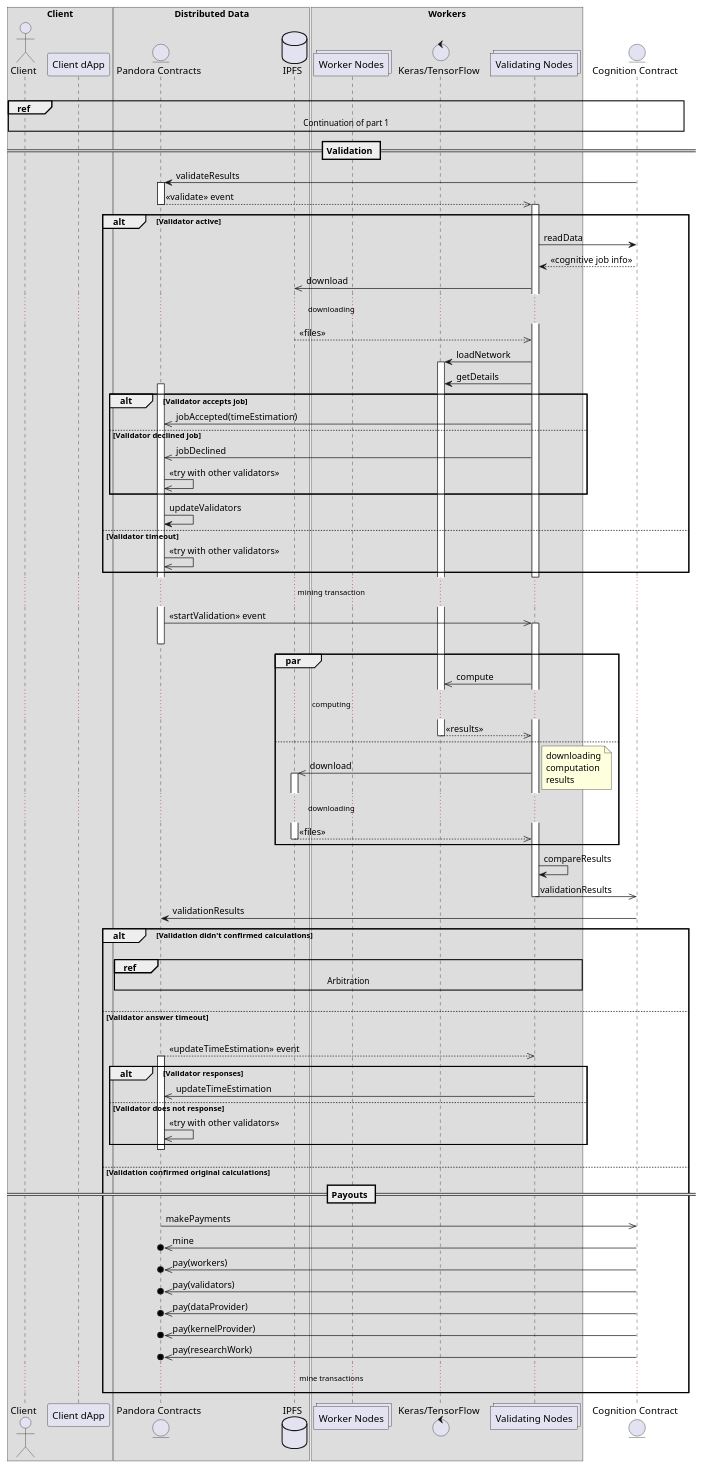
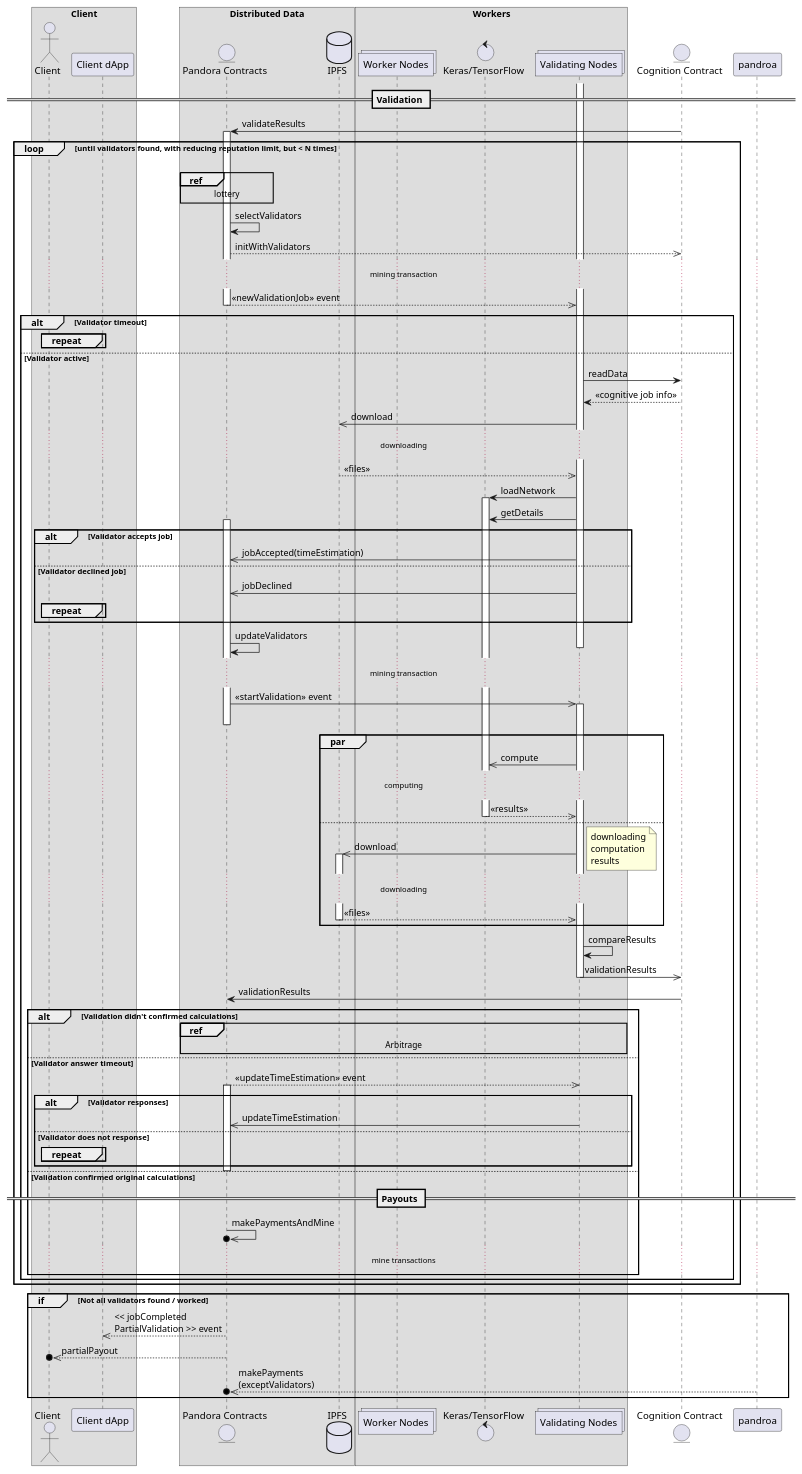
One commit to pandoraboxchain/pocw-techspecs changed the diagram in sequence_cognition_20.plantuml. Above: the diagram before and after it, drawn with PlantUML.

```diff
--- a/sequence_cognition_20.plantuml
+++ b/sequence_cognition_20.plantuml
@@ -1,105 +1,113 @@
 @startuml
 box "Client"
   actor "Client" as client
   participant "Client dApp" as dapp
 end box
 
 box "Distributed Data"
   entity "Pandora Contracts" as pandora
   database "IPFS" as ipfs
 end box
 
 box "Workers"
   collections "Worker Nodes" as workers
   control "Keras/TensorFlow" as nn
   collections "Validating Nodes" as validators
 end box
 
 entity "Cognition Contract" as cognition
 
-|||
-ref over client, cognition: Continuation of part 1
-
 == Validation ==
 
 cognition -> pandora: validateResults
 deactivate cognition
 activate pandora
 
-pandora -->> validators: << validate >> event
-deactivate pandora
+loop until validators found, with reducing reputation limit, but < N times
+  |||
+  ref over pandora: lottery
+  pandora -> pandora: selectValidators
+  pandora -->> cognition: initWithValidators
+... mining transaction ...
+  pandora -->> validators: << newValidationJob >> event
+  deactivate pandora
 
-alt Validator active
-  activate validators
-  validators -> cognition: readData
-  cognition --> validators: << cognitive job info >>
-  validators ->> ipfs: download
+  alt Validator timeout
+    group repeat
+    end
+  else Validator active
+    activate validators
+    validators -> cognition: readData
+    cognition --> validators: << cognitive job info >>
+    validators ->> ipfs: download
 ... downloading ...
-  ipfs -->> validators: << files >>
-  validators -> nn: loadNetwork
-  activate nn
-  validators -> nn: getDetails
-  activate pandora
-  alt Validator accepts job
-    validators ->> pandora: jobAccepted(timeEstimation)
-  else Validator declined job
-    validators ->> pandora: jobDeclined
-    pandora ->> pandora: << try with other validators >>
+    ipfs -->> validators: << files >>
+    validators -> nn: loadNetwork
+    activate nn
+    validators -> nn: getDetails
+    activate pandora
+    alt Validator accepts job
+      validators ->> pandora: jobAccepted(timeEstimation)
+    else Validator declined job
+      validators ->> pandora: jobDeclined
+      group repeat
+      end
+    end
+    pandora -> pandora: updateValidators
+
+    deactivate validators
+... mining transaction ...
+    pandora ->> validators: << startValidation >> event
+    activate validators
+    deactivate pandora
+
+    par
+      validators ->> nn: compute
+      ... computing ...
+      nn -->> validators: << results >>
+      deactivate nn
+    else
+      ipfs <<- validators: download
+      activate ipfs
+      note right: downloading\ncomputation\nresults
+      ... downloading ...
+      ipfs -->> validators: << files >>
+      deactivate ipfs
+    end
+    validators -> validators: compareResults
+    validators ->> cognition: validationResults
+    deactivate validators
+
+    cognition -> pandora: validationResults
+
+    alt Validation didn't confirmed calculations
+      ref over pandora, workers, validators: Arbitrage
+    else Validator answer timeout
+      pandora -->> validators: << updateTimeEstimation >> event
+      activate pandora
+      alt Validator responses
+        validators ->> pandora: updateTimeEstimation
+      else Validator does not response
+        group repeat
+        end
+      end
+      deactivate pandora
+    else Validation confirmed original calculations
+      == Payouts ==
+      pandora ->>o pandora: makePaymentsAndMine
+      'cognition ->>o pandora: mine
+      'cognition ->>o pandora: pay(workers)
+      'cognition ->>o pandora: pay(validators)
+      'cognition ->>o pandora: pay(dataProvider)
+      'cognition ->>o pandora: pay(kernelProvider)
+      'cognition ->>o pandora: pay(researchWork)
+      ... mine transactions ...
+    end
   end
-  pandora -> pandora: updateValidators
-'... mining transaction ...
-else Validator timeout
-  pandora ->> pandora: << try with other validators >>
 end
-deactivate validators
-... mining transaction ...
-pandora ->> validators: << startValidation >> event
-activate validators
-deactivate pandora
-
-par
-  validators ->> nn: compute
-  ... computing ...
-  nn -->> validators: << results >>
-  deactivate nn
-else
-  ipfs <<- validators: download
-  activate ipfs
-  note right: downloading\ncomputation\nresults
-... downloading ...
-  ipfs -->> validators: << files >>
-  deactivate ipfs
-end
-validators -> validators: compareResults
-validators ->> cognition: validationResults
-deactivate validators
-
-cognition -> pandora: validationResults
-
-alt Validation didn't confirmed calculations
-  |||
-  ref over pandora, workers, validators: Arbitration
-  |||
-else Validator answer timeout
-  |||
-  pandora -->> validators: << updateTimeEstimation >> event
-  activate pandora
-  alt Validator responses
-   validators ->> pandora: updateTimeEstimation
-  else Validator does not response
-    pandora ->> pandora: << try with other validators >>
-  end
-  deactivate pandora
-  |||
-else Validation confirmed original calculations
-== Payouts ==
-  pandora ->> cognition: makePayments
-  cognition ->>o pandora: mine
-  cognition ->>o pandora: pay(workers)
-  cognition ->>o pandora: pay(validators)
-  cognition ->>o pandora: pay(dataProvider)
-  cognition ->>o pandora: pay(kernelProvider)
-  cognition ->>o pandora: pay(researchWork)
-... mine transactions ...
+group if [Not all validators found / worked]
+  pandora -->> dapp: << jobCompleted\nPartialValidation >> event
+  pandora -->>o client: partialPayout
+  pandroa -->>o pandora: makePayments\n(exceptValidators)
 end
 @enduml
```
